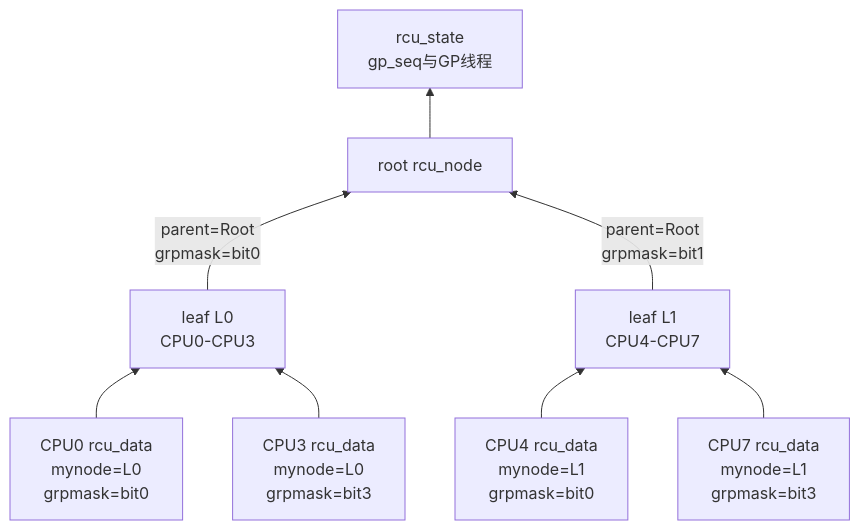
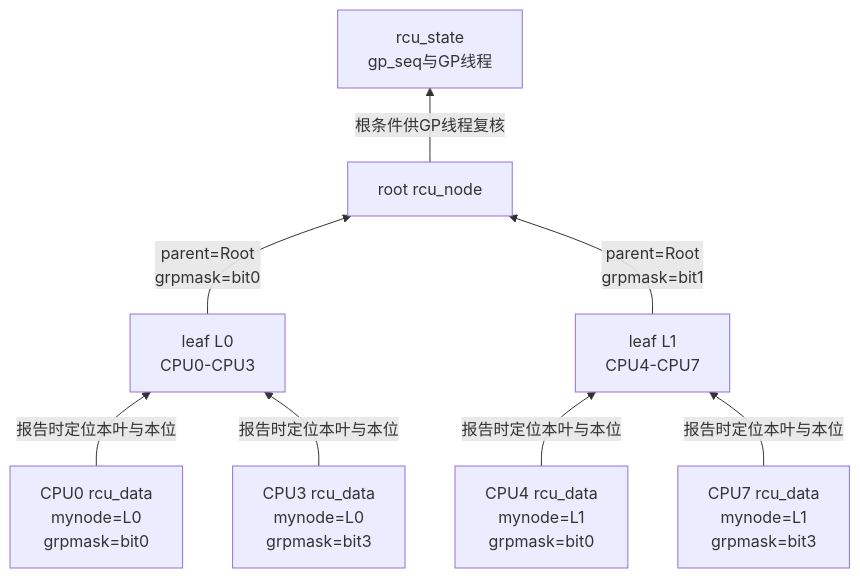
One commit to FormingSystem/linux_note changed the first of 2 diagrams in knowledge/linux/synchronization_and_asynchrony/synchronization/rcu/P07_Tree_RCU_初始化_拓扑与执行上下文.md. Above: the diagram before and after it, drawn with Mermaid. The commit also changed other lines of this file and 7 other files, not shown here.

````diff
--- a/knowledge/linux/synchronization_and_asynchrony/synchronization/rcu/P07_Tree_RCU_初始化_拓扑与执行上下文.md
+++ b/knowledge/linux/synchronization_and_asynchrony/synchronization/rcu/P07_Tree_RCU_初始化_拓扑与执行上下文.md
@@ -136,10 +142,10 @@
 ```mermaid
 flowchart BT
-    C0["CPU0 rcu_data<br/>mynode=L0<br/>grpmask=bit0"] --> L0["leaf L0<br/>CPU0-CPU3"]
-    C3["CPU3 rcu_data<br/>mynode=L0<br/>grpmask=bit3"] --> L0
-    C4["CPU4 rcu_data<br/>mynode=L1<br/>grpmask=bit0"] --> L1["leaf L1<br/>CPU4-CPU7"]
-    C7["CPU7 rcu_data<br/>mynode=L1<br/>grpmask=bit3"] --> L1
+    C0["CPU0 rcu_data<br/>mynode=L0<br/>grpmask=bit0"] -->|报告时定位本叶与本位| L0["leaf L0<br/>CPU0-CPU3"]
+    C3["CPU3 rcu_data<br/>mynode=L0<br/>grpmask=bit3"] -->|报告时定位本叶与本位| L0
+    C4["CPU4 rcu_data<br/>mynode=L1<br/>grpmask=bit0"] -->|报告时定位本叶与本位| L1["leaf L1<br/>CPU4-CPU7"]
+    C7["CPU7 rcu_data<br/>mynode=L1<br/>grpmask=bit3"] -->|报告时定位本叶与本位| L1
     L0 -->|"parent=Root<br/>grpmask=bit0"| Root["root rcu_node"]
     L1 -->|"parent=Root<br/>grpmask=bit1"| Root
-    Root --> State["rcu_state<br/>gp_seq与GP线程"]
+    Root -->|根条件供GP线程复核| State["rcu_state<br/>gp_seq与GP线程"]
 ```
````
